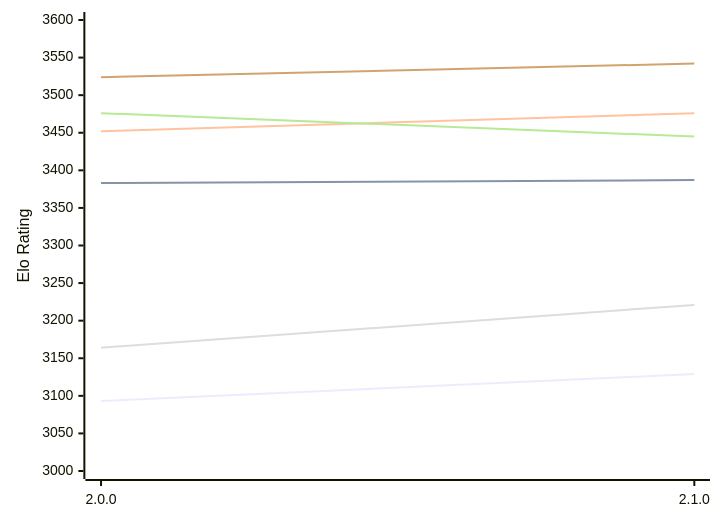
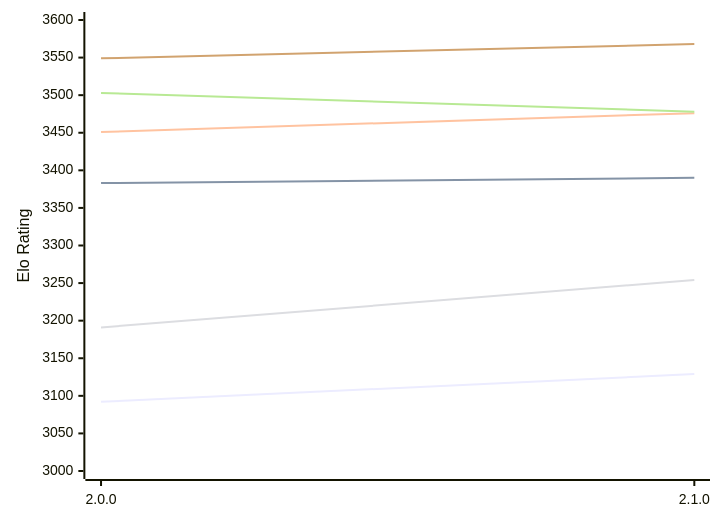
Before and after one commit to computer-chess-index/cci: the diagram in engines/Sapling.md, drawn with Mermaid. The commit also changed other lines of this file, not shown here.

Commit message:
Update CCI Ratings (ELO VLTC) - 2026-11-04

````diff
--- a/engines/Sapling.md
+++ b/engines/Sapling.md
@@ -49,12 +49,12 @@
 ```mermaid
 %%{init: {"theme":"base","themeVariables":{"seriesColors:['#a3a3a3','#222221','#faa371']}}}%%
 xychart-beta
   x-axis ["2.0.0", "2.1.0"]
   y-axis "Elo Rating" 3000 --> 3600
-  line "E1: STC (8.0+0.08s)" [3093, 3129]
-  line "E1: LTC (60.0+0.60s)" [3383, 3387]
-  line "E1: VLTC (2m24s+1.12s)" [3452, 3476]
-  line "P1: STC (8.0+0.08s)" [3164, 3221]
-  line "P1: LTC (60.0+0.60s)" [3476, 3445]
-  line "P1: VLTC (2m24s+1.12s)" [3524, 3542]
+  line "E1: STC (8.0+0.08s)" [3092, 3129]
+  line "E1: LTC (60.0+0.60s)" [3383, 3390]
+  line "E1: VLTC (2m24s+1.12s)" [3451, 3476]
+  line "P1: STC (8.0+0.08s)" [3191, 3254]
+  line "P1: LTC (60.0+0.60s)" [3503, 3478]
+  line "P1: VLTC (2m24s+1.12s)" [3549, 3568]
 ```
````
